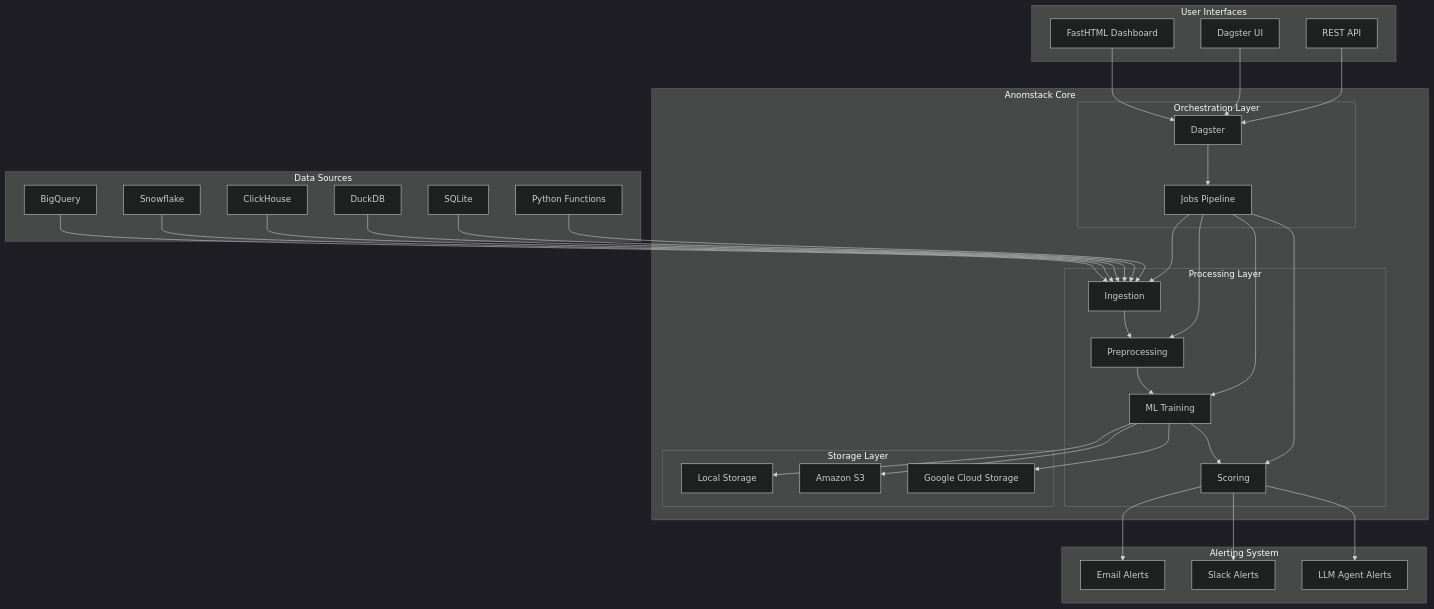
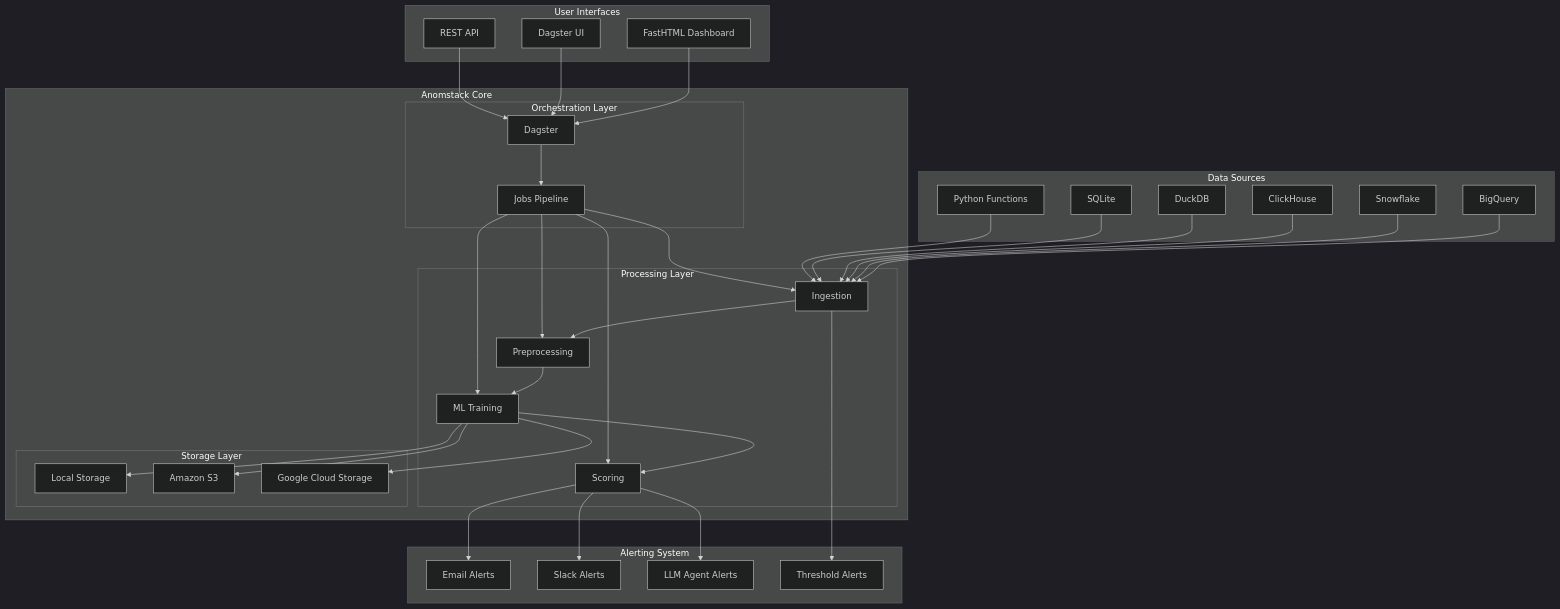
One commit to andrewm4894/anomstack changed the first of 9 diagrams in ARCHITECTURE.md. Above: the diagram before and after it, drawn with Mermaid (dark theme). The commit also changed other lines of this file and 6 other files, not shown here.

````diff
--- a/ARCHITECTURE.md
+++ b/ARCHITECTURE.md
@@ -21,71 +21,73 @@
 ```mermaid
 graph TB
     subgraph "Data Sources"
         BQ[BigQuery]
         SF[Snowflake] 
         CH[ClickHouse]
         DB[DuckDB]
         SQ[SQLite]
         PY[Python Functions]
     end
     
     subgraph "Anomstack Core"
         subgraph "Orchestration Layer"
             DG[Dagster]
             JOBS[Jobs Pipeline]
         end
         
         subgraph "Processing Layer"
             ING[Ingestion]
             PREP[Preprocessing]
             ML[ML Training]
             SCORE[Scoring]
         end
         
         subgraph "Storage Layer"
             LOCAL[Local Storage]
             S3[Amazon S3]
             GCS[Google Cloud Storage]
         end
     end
     
     subgraph "User Interfaces"
         DASH[FastHTML Dashboard]
         DGUI[Dagster UI]
         API[REST API]
     end
     
     subgraph "Alerting System"
         EMAIL[Email Alerts]
         SLACK[Slack Alerts]
         LLM[LLM Agent Alerts]
+        THRESH[Threshold Alerts]
     end
     
     BQ --> ING
     SF --> ING
     CH --> ING
     DB --> ING
     SQ --> ING
     PY --> ING
     
     ING --> PREP
     PREP --> ML
     ML --> SCORE
     SCORE --> EMAIL
     SCORE --> SLACK
     SCORE --> LLM
+    ING --> THRESH
     
     ML --> LOCAL
     ML --> S3
     ML --> GCS
     
     DG --> JOBS
     JOBS --> ING
     JOBS --> PREP
     JOBS --> ML
     JOBS --> SCORE
     
     DASH --> DG
     DGUI --> DG
     API --> DG
 ```
````
